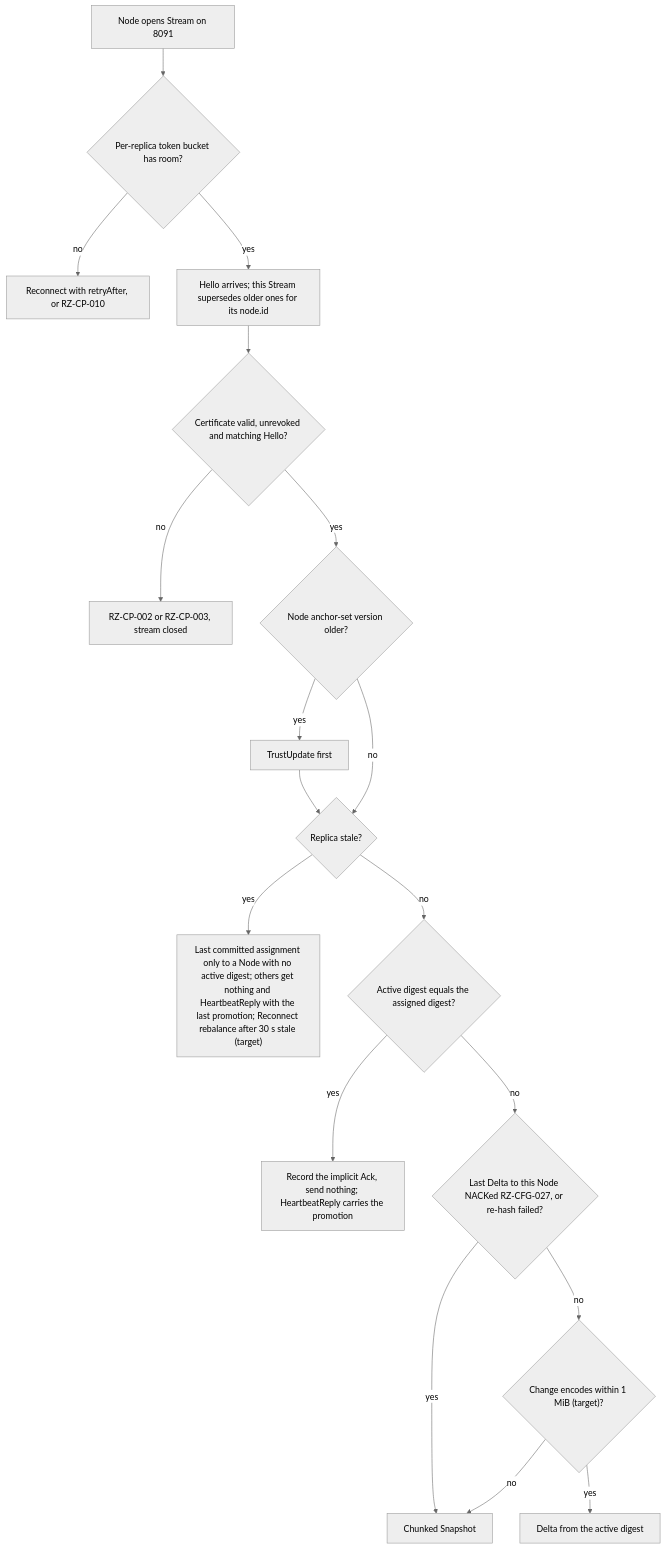
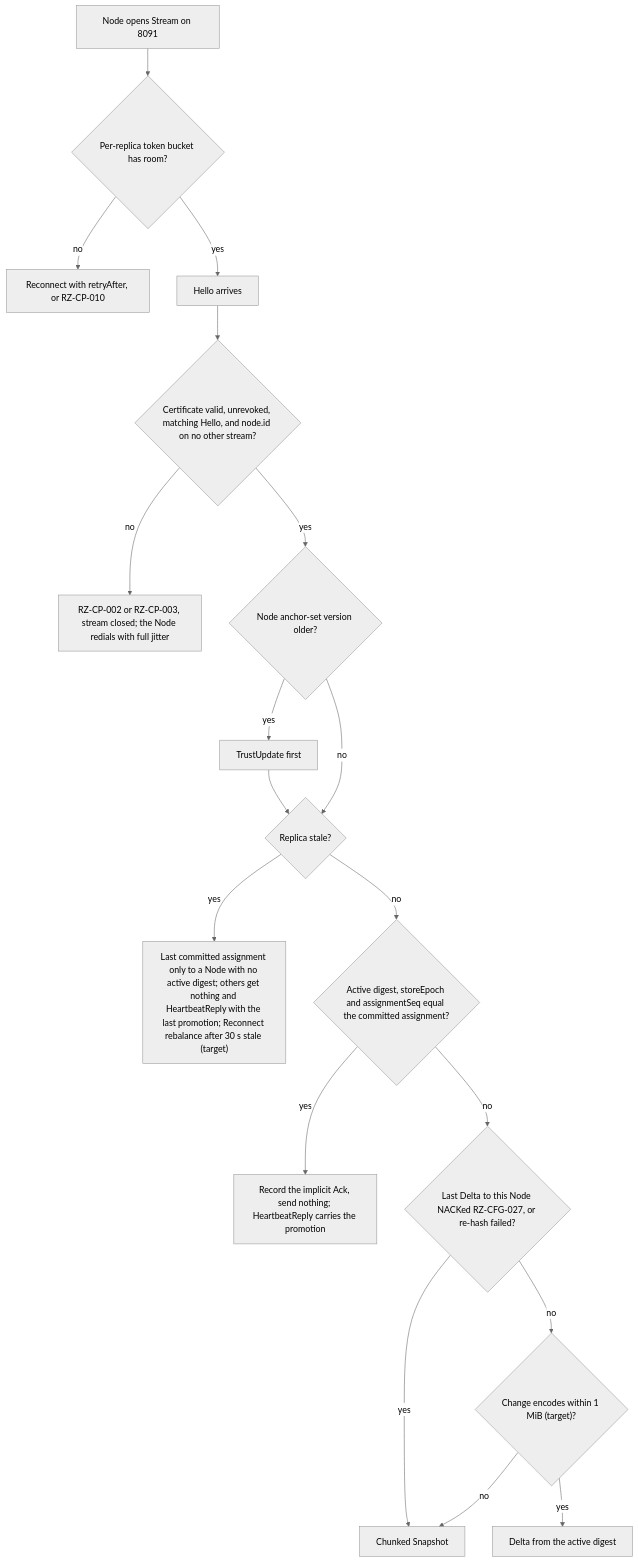
Before and after one commit to ravindu-rev/ruralz: the second of 2 diagrams in docs/adr/0007-control-stream-protocol.md, drawn with Mermaid (neutral theme). The commit also changed other lines of this file and 40 other files, not shown here.

````diff
--- a/docs/adr/0007-control-stream-protocol.md
+++ b/docs/adr/0007-control-stream-protocol.md
@@ -95,34 +95,34 @@
 ```mermaid
 flowchart TD
     open["Node opens Stream on 8091"]
     bucket{"Per-replica token bucket has room?"}
     shed["Reconnect with retryAfter, or RZ-CP-010"]
-    hello["Hello arrives; this Stream supersedes older ones for its node.id"]
-    ident{"Certificate valid, unrevoked and matching Hello?"}
-    refuse["RZ-CP-002 or RZ-CP-003, stream closed"]
+    hello["Hello arrives"]
+    ident{"Certificate valid, unrevoked, matching Hello, and node.id on no other stream?"}
+    refuse["RZ-CP-002 or RZ-CP-003, stream closed; the Node redials with full jitter"]
     anchor{"Node anchor-set version older?"}
     trust["TrustUpdate first"]
     stale{"Replica stale?"}
     staleans["Last committed assignment only to a Node with no active digest; others get nothing and HeartbeatReply with the last promotion; Reconnect rebalance after 30 s stale (target)"]
-    same{"Active digest equals the assigned digest?"}
+    same{"Active digest, storeEpoch and assignmentSeq equal the committed assignment?"}
     none["Record the implicit Ack, send nothing; HeartbeatReply carries the promotion"]
     rehash{"Last Delta to this Node NACKed RZ-CFG-027, or re-hash failed?"}
     small{"Change encodes within 1 MiB (target)?"}
     delta["Delta from the active digest"]
     snap["Chunked Snapshot"]
     open --> bucket
     bucket -- no --> shed
     bucket -- yes --> hello --> ident
     ident -- no --> refuse
     ident -- yes --> anchor
     anchor -- yes --> trust --> stale
     anchor -- no --> stale
     stale -- yes --> staleans
     stale -- no --> same
     same -- yes --> none
     same -- no --> rehash
     rehash -- yes --> snap
     rehash -- no --> small
     small -- yes --> delta
     small -- no --> snap
 ```
````
